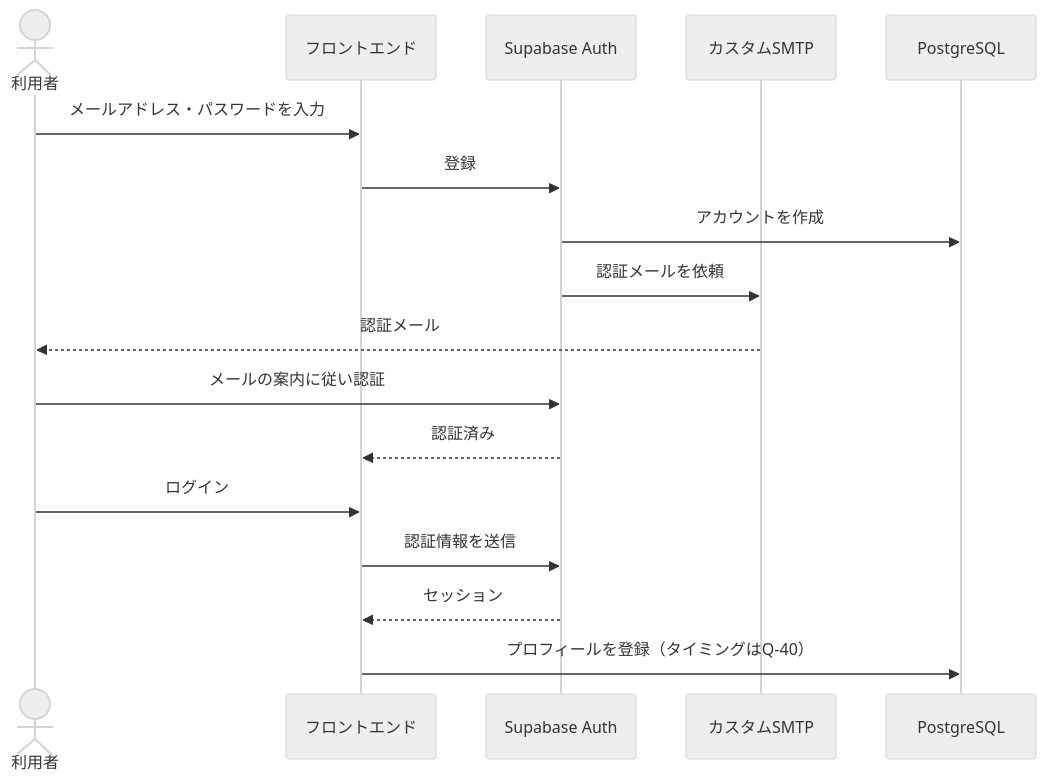
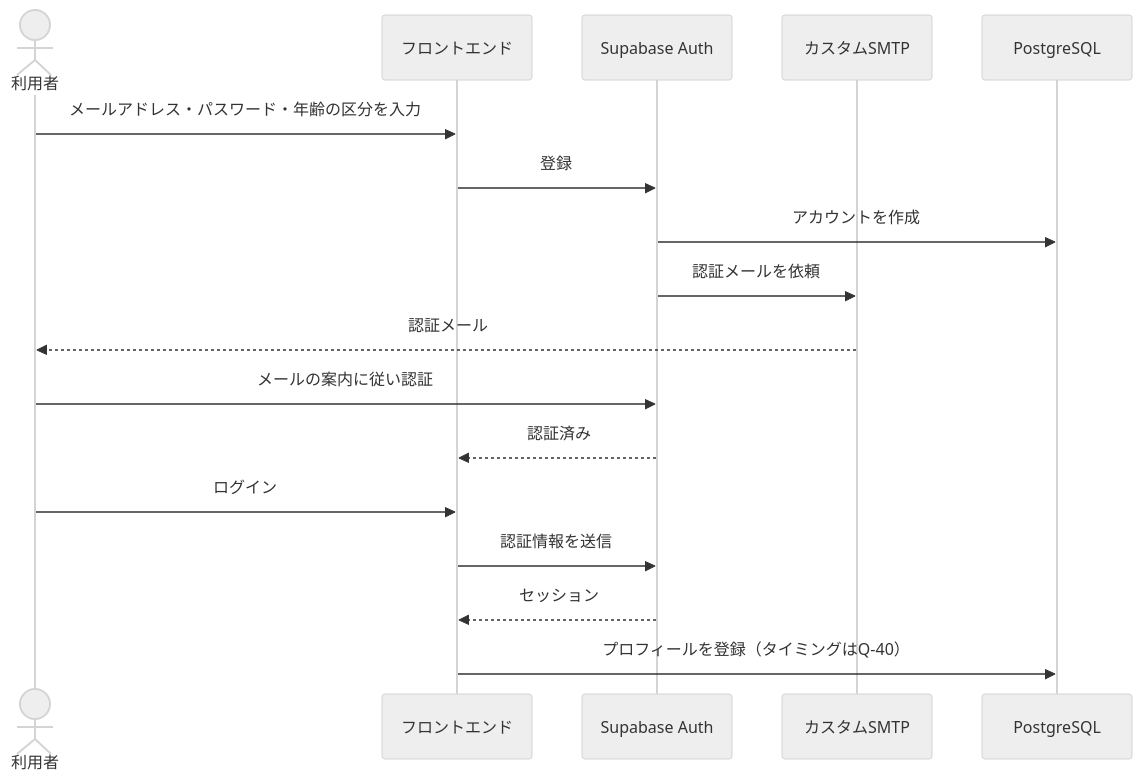
One commit to sysnovastudio-byte/nagoya-volleyball-matching changed the second of 8 diagrams in docs/07_システムアーキテクチャ.md. Above: the diagram before and after it, drawn with Mermaid (neutral theme). The commit also changed other lines of this file and 8 other files, not shown here.

````diff
--- a/docs/07_システムアーキテクチャ.md
+++ b/docs/07_システムアーキテクチャ.md
@@ -52,19 +52,19 @@
 ```mermaid
 sequenceDiagram
     actor U as 利用者
     participant F as フロントエンド
     participant A as Supabase Auth
     participant M as カスタムSMTP
     participant D as PostgreSQL
-    U->>F: メールアドレス・パスワードを入力
+    U->>F: メールアドレス・パスワード・年齢の区分を入力
     F->>A: 登録
     A->>D: アカウントを作成
     A->>M: 認証メールを依頼
     M-->>U: 認証メール
     U->>A: メールの案内に従い認証
     A-->>F: 認証済み
     U->>F: ログイン
     F->>A: 認証情報を送信
     A-->>F: セッション
     F->>D: プロフィールを登録（タイミングはQ-40）
 ```
````
